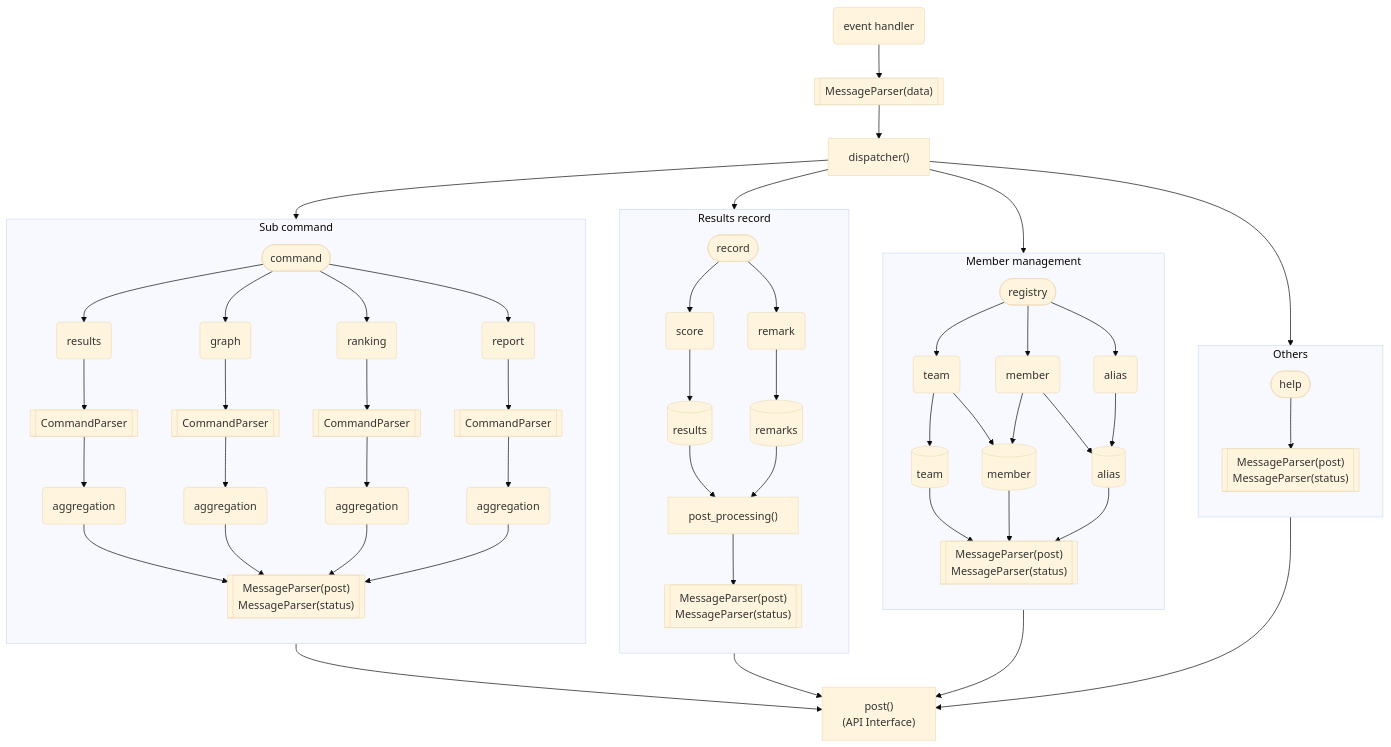
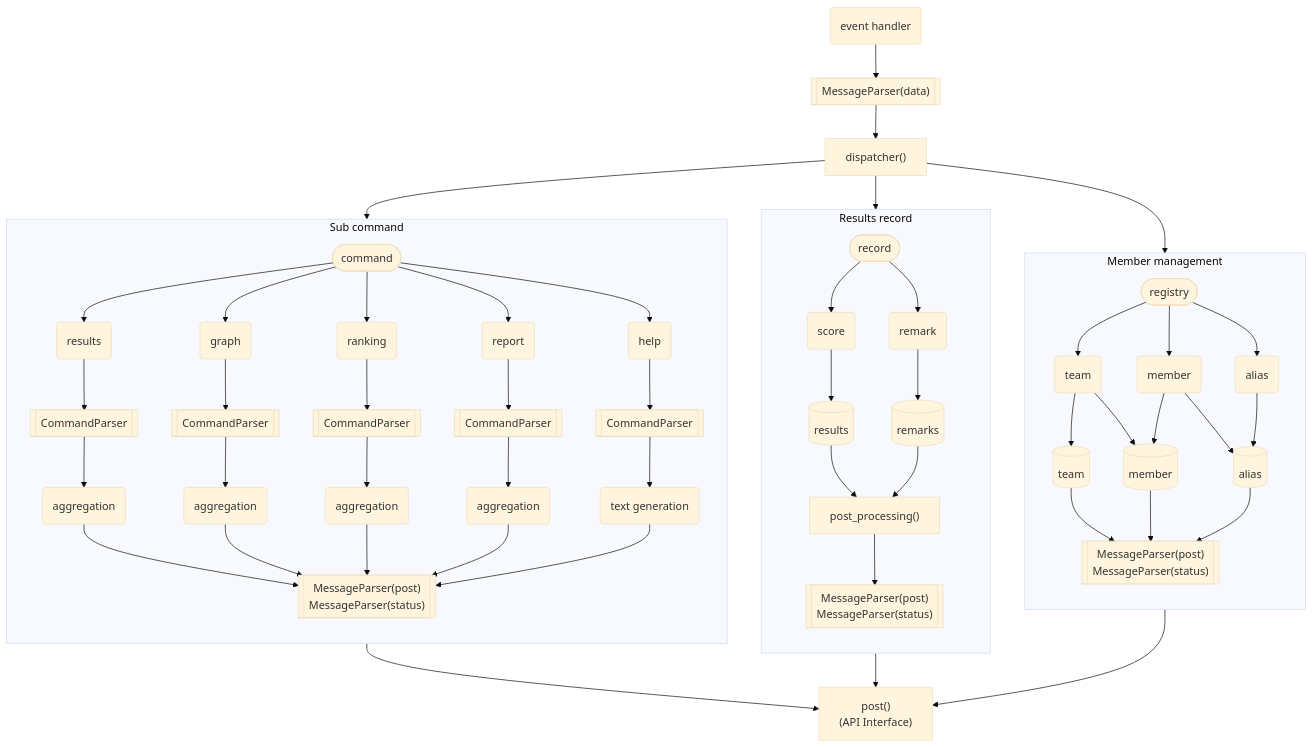
The first of 2 diagrams in docs/user/source/development/architecture.rst (togakushi/mahjong-score-management), drawn with Mermaid (base theme) before and after one commit.

Commit message:
Refactor architecture diagram to remove unused subgraph and improve command flow representation

```diff
--- a/docs/user/source/development/architecture.rst
+++ b/docs/user/source/development/architecture.rst
@@ -4,41 +4,37 @@
 .. mermaid::
 
    flowchart TB
        event(event handler);
        m1[["MessageParser(data)"]];
 
-       event --> m1 --> d["dispatcher()"] --> f1 & f2 & f3 & f4;
+       event --> m1 --> d["dispatcher()"] --> f1 & f2 & f3;
 
        subgraph f1[Sub command]
            direction TB
-           c([command]) --> sc1 & sc2 & sc3 & sc4;
+           c([command]) --> sc1 & sc2 & sc3 & sc4 & sc5;
            sc1(results) --> cp1[[CommandParser]] --> p1(aggregation);
            sc2(graph) --> cp2[[CommandParser]] --> p2(aggregation);
            sc3(ranking) --> cp3[[CommandParser]] --> p3(aggregation);
            sc4(report) --> cp4[[CommandParser]] --> p4(aggregation);
-           p1 & p2 & p3 & p4 --> mp1[["MessageParser(post)<br>MessageParser(status)"]];
+           sc5(help) --> cp5[[CommandParser]] --> p5(text generation);
+           p1 & p2 & p3 & p4 & p5 --> mp1[["MessageParser(post)<br>MessageParser(status)"]];
        end
 
        subgraph f2[Results record]
            direction TB
            r2([record]);
            r2 --> a1(score) --> results[(results)];
            r2 --> a2(remark) --> remarks[(remarks)];
            results & remarks --> pp2["post_processing()"] --> mp2[["MessageParser(post)<br>MessageParser(status)"]];
        end
 
        subgraph f3[Member management]
            direction TB
            r1([registry]);
            r1 --> a4(team) --> db2[(team)] & db1;
            r1 --> a3(member) --> db1[(member)] & db3[(alias)];
            r1 --> a5(alias) --> db3;
            db1 & db2 & db3  --> mp3[["MessageParser(post)<br>MessageParser(status)"]];
        end
 
-       subgraph f4[Others]
-           direction TB
-           h([help]) --> mp4[["MessageParser(post)<br>MessageParser(status)"]];
-       end
-
-       f1 & f2 & f3 & f4 --> post["post()<br>(API Interface)"];
+       f1 & f2 & f3 --> post["post()<br>(API Interface)"];
```
